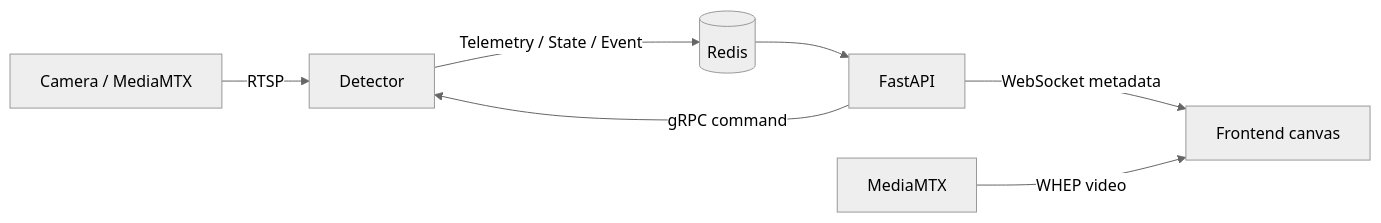
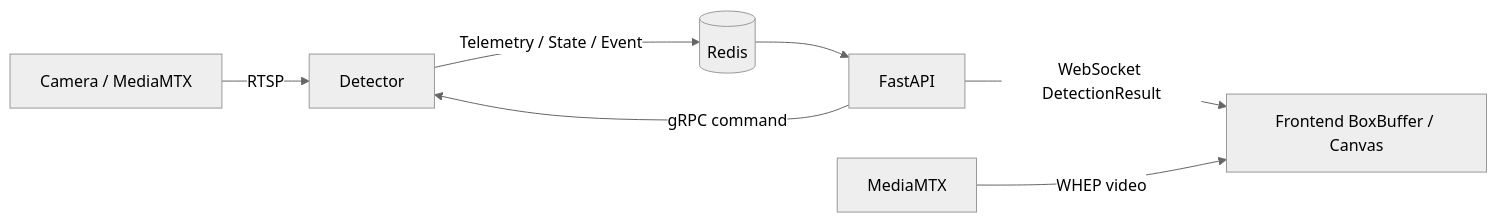
The second of 2 diagrams in docs/vision-platform-architecture.md (fuweihang/sop-vision), drawn with Mermaid (neutral theme) before and after one commit. The commit also changed other lines of this file and 10 other files, not shown here.

````diff
--- a/docs/vision-platform-architecture.md
+++ b/docs/vision-platform-architecture.md
@@ -134,9 +153,9 @@
 ```mermaid
 flowchart LR
     CAM[Camera / MediaMTX] -->|RTSP| DET[Detector]
     API[FastAPI] -->|gRPC command| DET
     DET -->|Telemetry / State / Event| R[(Redis)]
     R --> API
-    API -->|WebSocket metadata| FE[Frontend canvas]
+    API -->|WebSocket DetectionResult| FE[Frontend BoxBuffer / Canvas]
     MTX[MediaMTX] -->|WHEP video| FE
 ```
````
